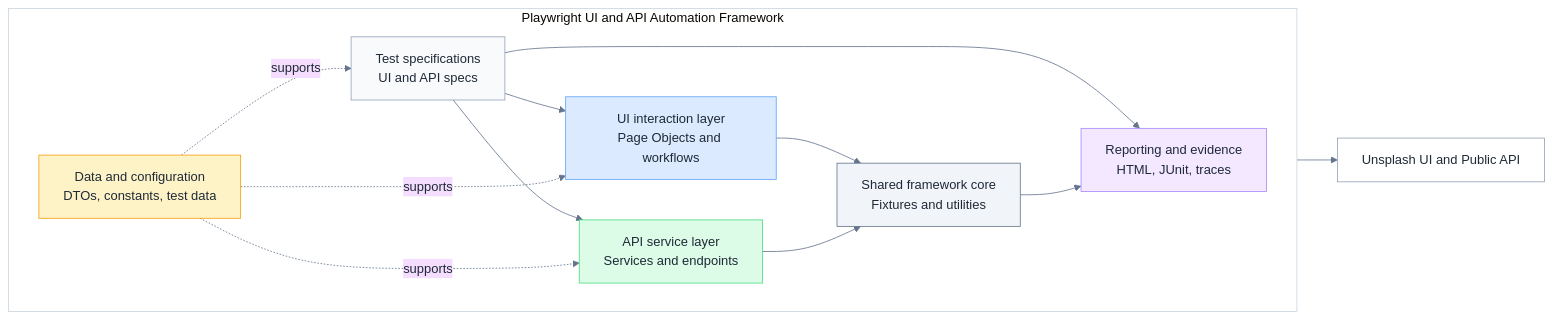
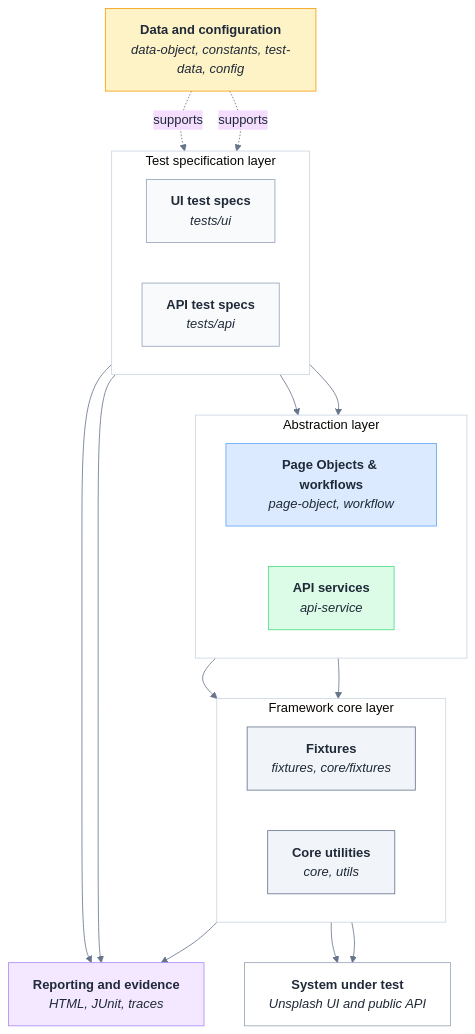
The diagram in docs/thesis-workspace/assets/diagrams/src/framework-architecture.mmd (LeTiepTuyen/UI-API-Automation-Testing-Framework-Playwright), drawn with Mermaid before and after one commit. The commit also changed 155 other files, not shown here.

```diff
--- a/docs/thesis-workspace/assets/diagrams/src/framework-architecture.mmd
+++ b/docs/thesis-workspace/assets/diagrams/src/framework-architecture.mmd
@@ -1,40 +1,53 @@
 %%{init: {"theme": "base", "themeVariables": {"fontFamily": "Arial, sans-serif", "primaryTextColor": "#1F2937", "lineColor": "#64748B", "clusterBkg": "#FFFFFF", "clusterBorder": "#CBD5E1"}}}%%
-flowchart LR
-    subgraph Framework["Playwright UI and API Automation Framework"]
+flowchart TB
+    subgraph L1["Test specification layer"]
         direction LR
-        Tests["Test specifications<br/>UI and API specs"]
-        UI["UI interaction layer<br/>Page Objects and workflows"]
-        API["API service layer<br/>Services and endpoints"]
-        Core["Shared framework core<br/>Fixtures and utilities"]
-        Data["Data and configuration<br/>DTOs, constants, test data"]
-        Report["Reporting and evidence<br/>HTML, JUnit, traces"]
+        UITests["<b>UI test specs</b><br/><i>tests/ui</i>"]
+        APITests["<b>API test specs</b><br/><i>tests/api</i>"]
     end
 
-    SUT["Unsplash UI and Public API"]
+    subgraph L2["Abstraction layer"]
+        direction LR
+        POM["<b>Page Objects &amp; workflows</b><br/><i>page-object, workflow</i>"]
+        APISvc["<b>API services</b><br/><i>api-service</i>"]
+    end
 
-    Tests --> UI
-    Tests --> API
-    UI --> Core
-    API --> Core
-    Core --> SUT
-    Data -. supports .-> Tests
-    Data -. supports .-> UI
-    Data -. supports .-> API
-    Tests --> Report
-    Core --> Report
+    subgraph L3["Framework core layer"]
+        direction LR
+        Fixtures["<b>Fixtures</b><br/><i>fixtures, core/fixtures</i>"]
+        CoreUtil["<b>Core utilities</b><br/><i>core, utils</i>"]
+    end
+
+    Data["<b>Data and configuration</b><br/><i>data-object, constants, test-data, config</i>"]
+    Report["<b>Reporting and evidence</b><br/><i>HTML, JUnit, traces</i>"]
+    SUT["<b>System under test</b><br/><i>Unsplash UI and public API</i>"]
+
+    UITests --> POM
+    APITests --> APISvc
+    POM --> Fixtures
+    APISvc --> CoreUtil
+    Fixtures --> SUT
+    CoreUtil --> SUT
+    Data -. supports .-> UITests
+    Data -. supports .-> APITests
+    UITests --> Report
+    APITests --> Report
+    CoreUtil --> Report
 
     classDef entry fill:#F8FAFC,stroke:#94A3B8,color:#1F2937
     classDef ui fill:#DBEAFE,stroke:#60A5FA,color:#1F2937
     classDef api fill:#DCFCE7,stroke:#4ADE80,color:#1F2937
     classDef core fill:#F1F5F9,stroke:#64748B,color:#1F2937
     classDef data fill:#FEF3C7,stroke:#F59E0B,color:#1F2937
     classDef report fill:#F3E8FF,stroke:#A78BFA,color:#1F2937
     classDef context fill:#FFFFFF,stroke:#94A3B8,color:#1F2937
 
-    class Tests entry
-    class UI ui
-    class API api
-    class Core core
+    class UITests entry
+    class APITests entry
+    class POM ui
+    class APISvc api
+    class Fixtures core
+    class CoreUtil core
     class Data data
     class Report report
     class SUT context
```
